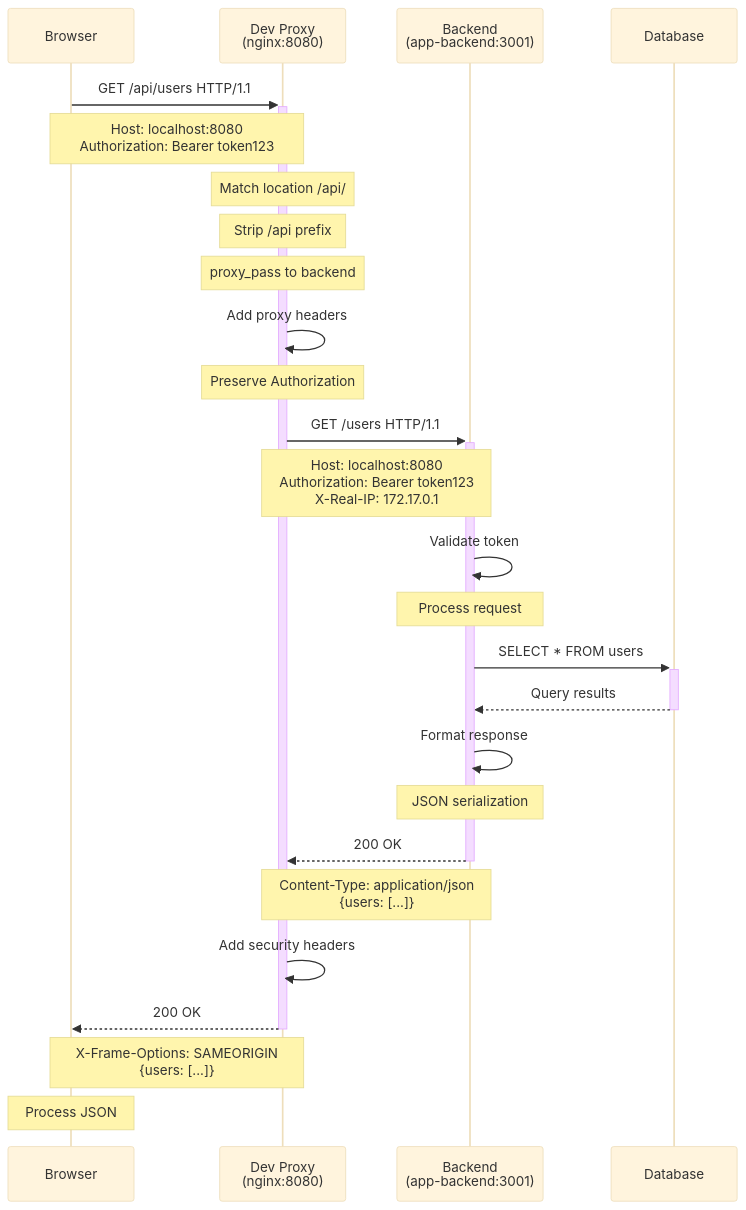
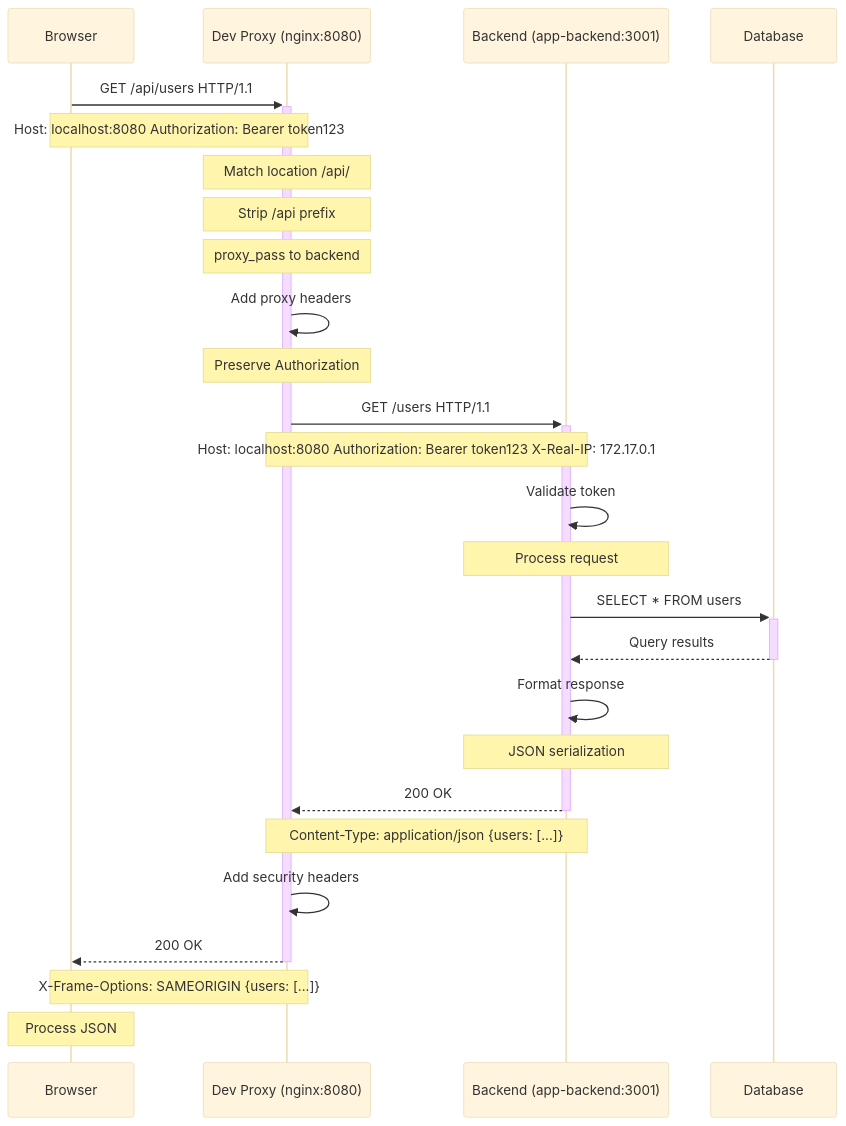
The second of 9 diagrams in wiki/Request-Flow.md (softwarewrighter/dev-proxy), drawn with Mermaid (base theme) before and after one commit. The commit also changed other lines of this file and 6 other files, not shown here.

First line of the commit message:
Fix wiki Mermaid diagrams: remove <br/> tags

````diff
--- a/wiki/Request-Flow.md
+++ b/wiki/Request-Flow.md
@@ -76,39 +76,39 @@
 ```mermaid
 sequenceDiagram
     participant Browser
-    participant DevProxy as Dev Proxy<br/>(nginx:8080)
-    participant Backend as Backend<br/>(app-backend:3001)
+    participant DevProxy as Dev Proxy (nginx:8080)
+    participant Backend as Backend (app-backend:3001)
     participant Database as Database
 
     Browser->>+DevProxy: GET /api/users HTTP/1.1
-    Note over Browser,DevProxy: Host: localhost:8080<br/>Authorization: Bearer token123
+    Note over Browser,DevProxy: Host: localhost:8080 Authorization: Bearer token123
 
     Note over DevProxy: Match location /api/
     Note over DevProxy: Strip /api prefix
     Note over DevProxy: proxy_pass to backend
 
     DevProxy->>DevProxy: Add proxy headers
     Note over DevProxy: Preserve Authorization
 
     DevProxy->>+Backend: GET /users HTTP/1.1
-    Note over DevProxy,Backend: Host: localhost:8080<br/>Authorization: Bearer token123<br/>X-Real-IP: 172.17.0.1
+    Note over DevProxy,Backend: Host: localhost:8080 Authorization: Bearer token123 X-Real-IP: 172.17.0.1
 
     Backend->>Backend: Validate token
     Note over Backend: Process request
 
     Backend->>+Database: SELECT * FROM users
     Database-->>-Backend: Query results
 
     Backend->>Backend: Format response
     Note over Backend: JSON serialization
 
     Backend-->>-DevProxy: 200 OK
-    Note over Backend,DevProxy: Content-Type: application/json<br/>{users: [...]}
+    Note over Backend,DevProxy: Content-Type: application/json {users: [...]}
 
     DevProxy->>DevProxy: Add security headers
 
     DevProxy-->>-Browser: 200 OK
-    Note over DevProxy,Browser: X-Frame-Options: SAMEORIGIN<br/>{users: [...]}
+    Note over DevProxy,Browser: X-Frame-Options: SAMEORIGIN {users: [...]}
 
     Note over Browser: Process JSON
 ```
````
